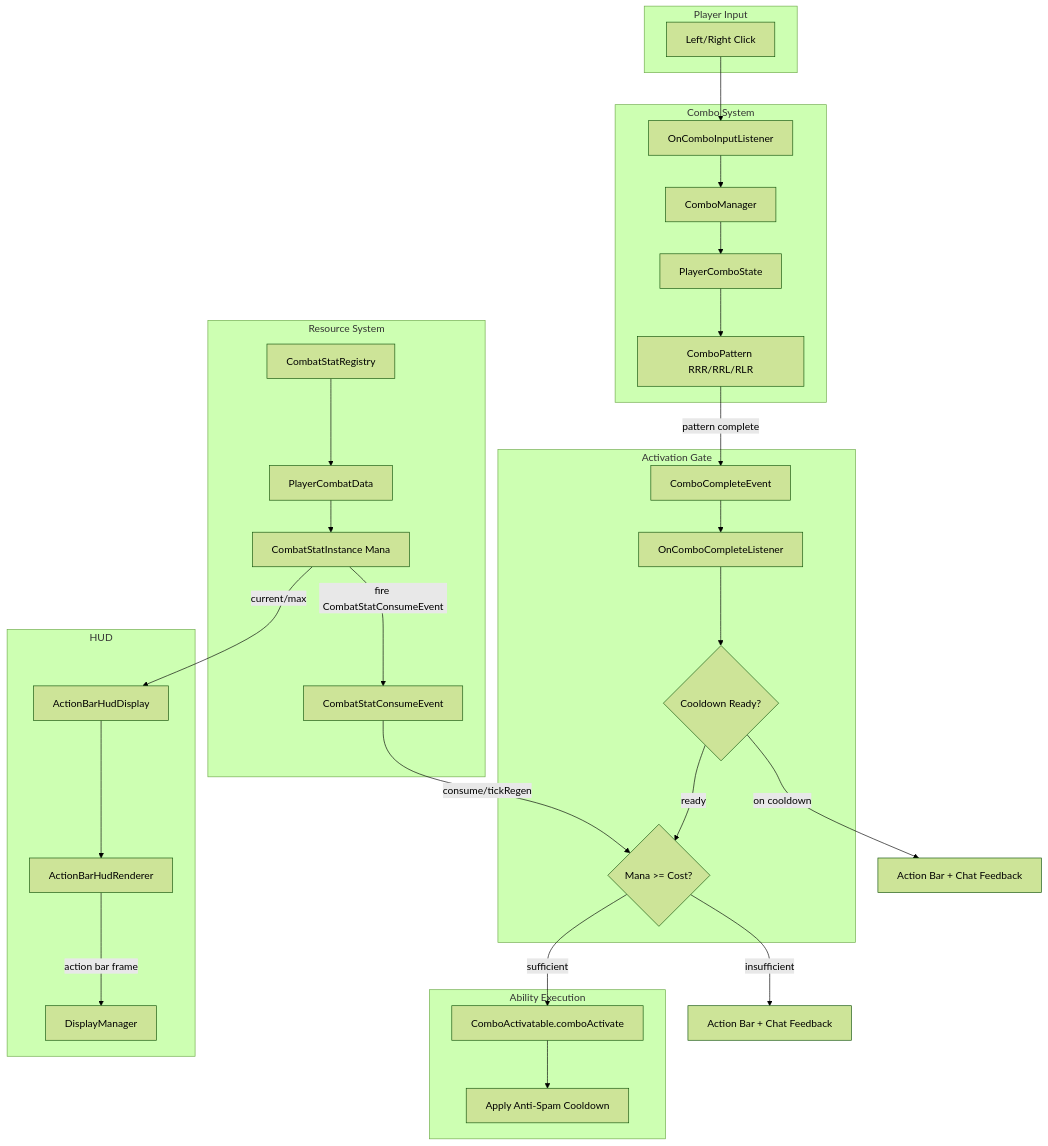
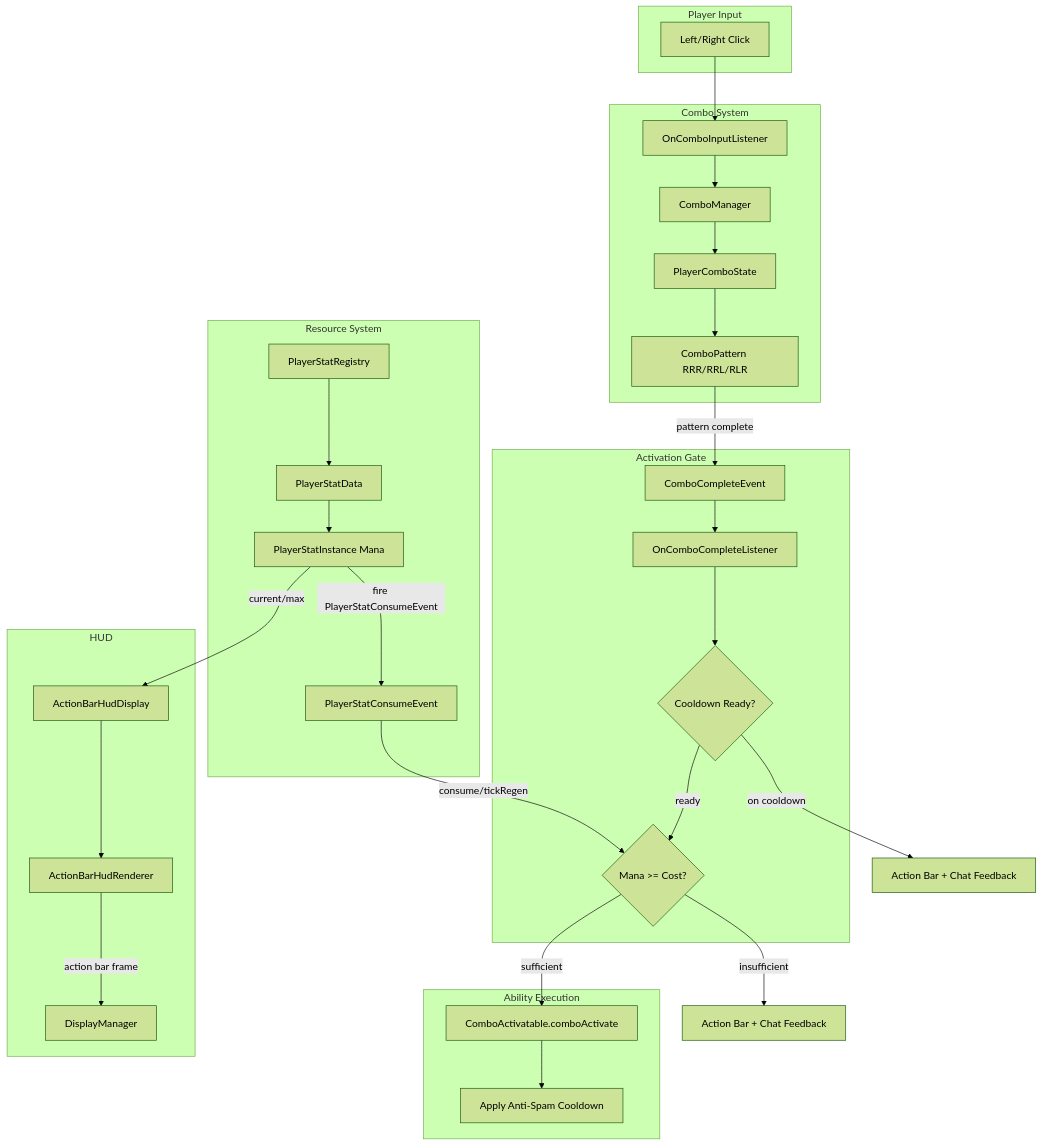
The diagram in docs/hld/mana-ability-system.md (DiamondDagger590/McRPG), drawn with Mermaid (forest theme) before and after one commit. The commit also changed other lines of this file and 1 other file, not shown here.

````diff
--- a/docs/hld/mana-ability-system.md
+++ b/docs/hld/mana-ability-system.md
@@ -13,59 +13,59 @@
 ```mermaid
 flowchart TD
     subgraph input [Player Input]
         Click[Left/Right Click]
     end
 
     subgraph comboLayer [Combo System]
         CIL[OnComboInputListener]
         CM[ComboManager]
         PCS[PlayerComboState]
         CP[ComboPattern RRR/RRL/RLR]
     end
 
     subgraph activation [Activation Gate]
         CCE[ComboCompleteEvent]
         OCL[OnComboCompleteListener]
         ManaCheck{Mana >= Cost?}
         CDCheck{Cooldown Ready?}
     end
 
     subgraph resource [Resource System]
-        CSR[CombatStatRegistry]
-        PCD[PlayerCombatData]
-        CSI[CombatStatInstance Mana]
-        CSCE[CombatStatConsumeEvent]
+        CSR[PlayerStatRegistry]
+        PCD[PlayerStatData]
+        CSI[PlayerStatInstance Mana]
+        CSCE[PlayerStatConsumeEvent]
     end
 
     subgraph ability [Ability Execution]
         CA[ComboActivatable.comboActivate]
         Cooldown[Apply Anti-Spam Cooldown]
     end
 
     subgraph display [HUD]
         DM[DisplayManager]
         ABHD[ActionBarHudDisplay]
         Renderer[ActionBarHudRenderer]
     end
 
     Click --> CIL
     CIL --> CM
     CM --> PCS
     PCS --> CP
     CP -->|"pattern complete"| CCE
     CCE --> OCL
     OCL --> CDCheck
     CDCheck -->|"on cooldown"| Feedback1[Action Bar + Chat Feedback]
     CDCheck -->|"ready"| ManaCheck
     ManaCheck -->|"insufficient"| Feedback2[Action Bar + Chat Feedback]
     ManaCheck -->|"sufficient"| CA
     CA --> Cooldown
 
     CSR --> PCD
     PCD --> CSI
-    CSI -->|"fire CombatStatConsumeEvent"| CSCE
+    CSI -->|"fire PlayerStatConsumeEvent"| CSCE
     CSCE -->|"consume/tickRegen"| ManaCheck
     CSI -->|"current/max"| ABHD
     ABHD --> Renderer
     Renderer -->|"action bar frame"| DM
 ```
````
